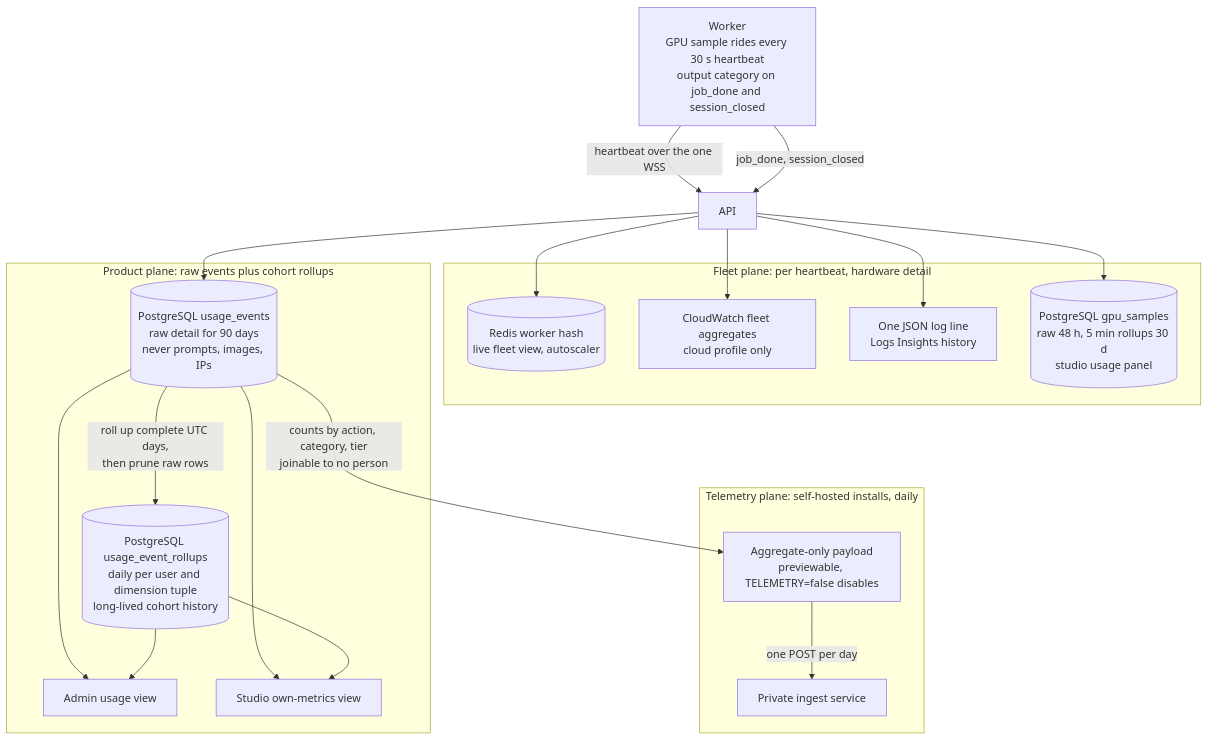
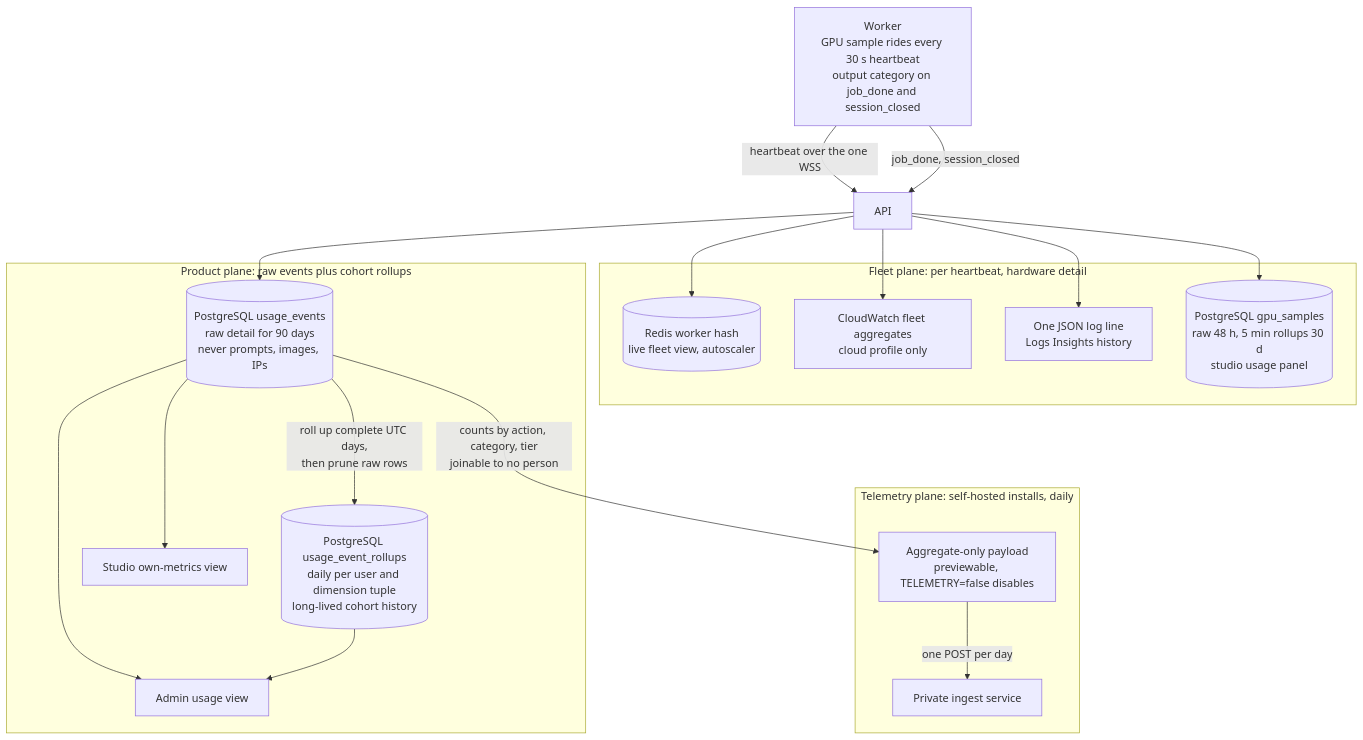
The diagram in docs/metrics.md (Portocolom-Studio/potocolom), drawn with Mermaid before and after one commit. The commit also changed other lines of this file and 17 other files, not shown here.

````diff
--- a/docs/metrics.md
+++ b/docs/metrics.md
@@ -24,35 +24,34 @@
 ```mermaid
 flowchart TB
     W["Worker<br>GPU sample rides every 30 s heartbeat<br>output category on job_done and session_closed"]
     A["API"]
     subgraph FLEET["Fleet plane: per heartbeat, hardware detail"]
         RH[("Redis worker hash<br>live fleet view, autoscaler")]
         CW["CloudWatch fleet aggregates<br>cloud profile only"]
         LOG["One JSON log line<br>Logs Insights history"]
         GS[("PostgreSQL gpu_samples<br>raw 48 h, 5 min rollups 30 d<br>studio usage panel")]
     end
     subgraph USAGE["Product plane: raw events plus cohort rollups"]
         UE[("PostgreSQL usage_events<br>raw detail for 90 days<br>never prompts, images, IPs")]
         UR[("PostgreSQL usage_event_rollups<br>daily per user and dimension tuple<br>long-lived cohort history")]
         ADMIN["Admin usage view"]
         OWN["Studio own-metrics view"]
     end
     subgraph TELE["Telemetry plane: self-hosted installs, daily"]
         AGG["Aggregate-only payload<br>previewable, TELEMETRY=false disables"]
         ING["Private ingest service"]
     end
     W -->|"heartbeat over the one WSS"| A
     W -->|"job_done, session_closed"| A
     A --> RH
     A --> CW
     A --> LOG
     A --> GS
     A --> UE
     UE -->|"roll up complete UTC days,<br>then prune raw rows"| UR
     UE --> ADMIN
     UR --> ADMIN
     UE --> OWN
-    UR --> OWN
     UE -->|"counts by action, category, tier<br>joinable to no person"| AGG
     AGG -->|"one POST per day"| ING
 ```
````
